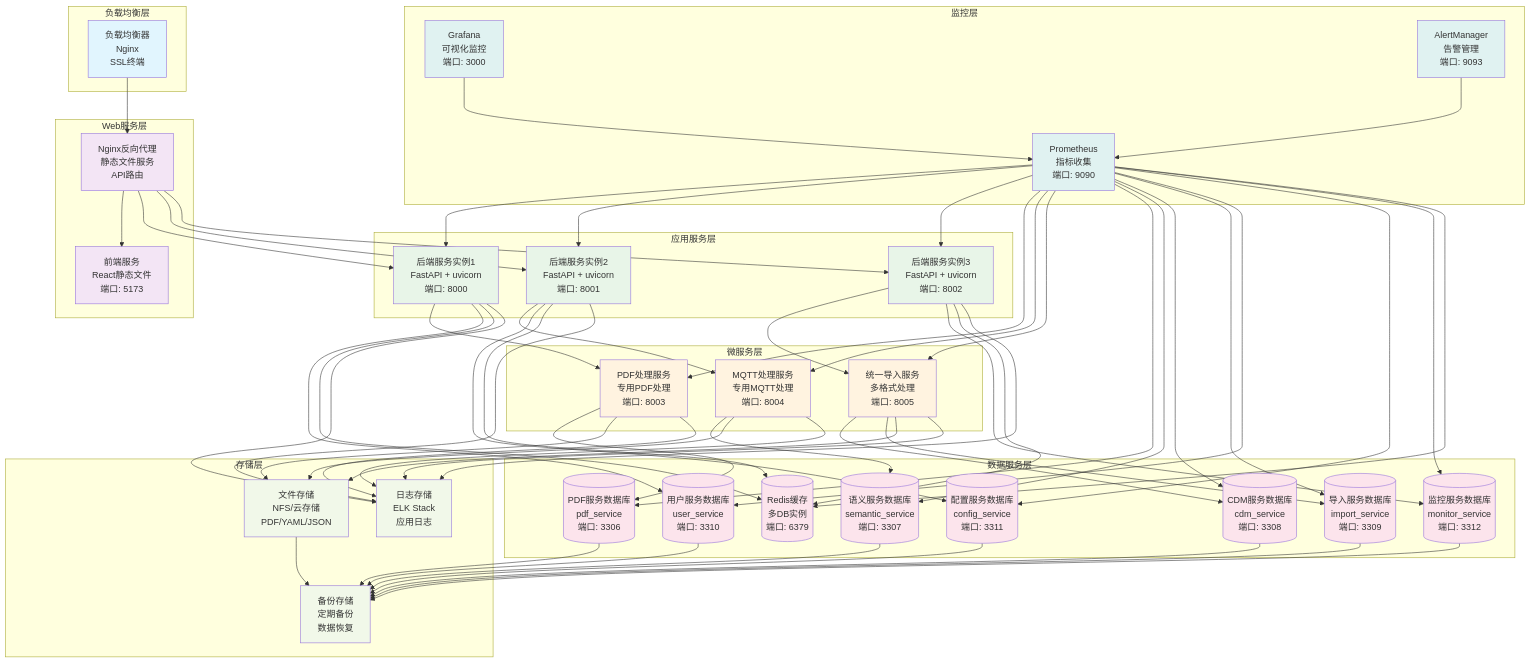
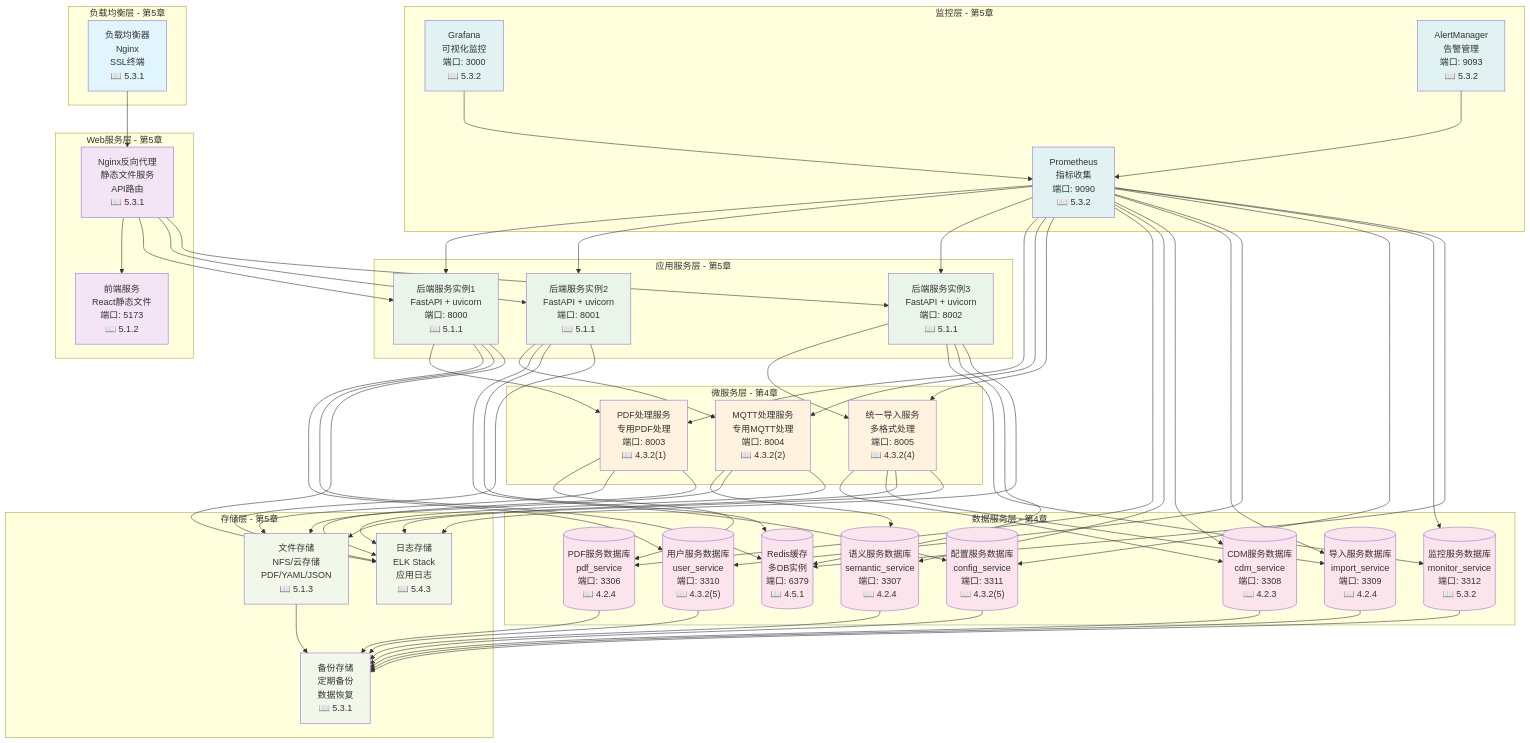
Before and after one commit to mistvapour/6016b: the diagram in mmd/deployment_architecture.mmd, drawn with Mermaid. The commit also changed 11 other files, not shown here.

```diff
--- a/mmd/deployment_architecture.mmd
+++ b/mmd/deployment_architecture.mmd
@@ -1,125 +1,125 @@
 graph TB
     %% 部署架构图
     
-    subgraph "负载均衡层"
-        LB[负载均衡器<br/>Nginx<br/>SSL终端]
+    subgraph "负载均衡层 - 第5章"
+        LB["负载均衡器<br/>Nginx<br/>SSL终端<br/>📖 5.3.1"]
     end
     
-    subgraph "Web服务层"
-        NGINX[Nginx反向代理<br/>静态文件服务<br/>API路由]
-        FRONTEND[前端服务<br/>React静态文件<br/>端口: 5173]
+    subgraph "Web服务层 - 第5章"
+        NGINX["Nginx反向代理<br/>静态文件服务<br/>API路由<br/>📖 5.3.1"]
+        FRONTEND["前端服务<br/>React静态文件<br/>端口: 5173<br/>📖 5.1.2"]
     end
     
-    subgraph "应用服务层"
-        BACKEND1[后端服务实例1<br/>FastAPI + uvicorn<br/>端口: 8000]
-        BACKEND2[后端服务实例2<br/>FastAPI + uvicorn<br/>端口: 8001]
-        BACKEND3[后端服务实例3<br/>FastAPI + uvicorn<br/>端口: 8002]
+    subgraph "应用服务层 - 第5章"
+        BACKEND1["后端服务实例1<br/>FastAPI + uvicorn<br/>端口: 8000<br/>📖 5.1.1"]
+        BACKEND2["后端服务实例2<br/>FastAPI + uvicorn<br/>端口: 8001<br/>📖 5.1.1"]
+        BACKEND3["后端服务实例3<br/>FastAPI + uvicorn<br/>端口: 8002<br/>📖 5.1.1"]
     end
     
-    subgraph "微服务层"
-        PDF_SERVICE[PDF处理服务<br/>专用PDF处理<br/>端口: 8003]
-        MQTT_SERVICE[MQTT处理服务<br/>专用MQTT处理<br/>端口: 8004]
-        UNIVERSAL_SERVICE[统一导入服务<br/>多格式处理<br/>端口: 8005]
+    subgraph "微服务层 - 第4章"
+        PDF_SERVICE["PDF处理服务<br/>专用PDF处理<br/>端口: 8003<br/>📖 4.3.2(1)"]
+        MQTT_SERVICE["MQTT处理服务<br/>专用MQTT处理<br/>端口: 8004<br/>📖 4.3.2(2)"]
+        UNIVERSAL_SERVICE["统一导入服务<br/>多格式处理<br/>端口: 8005<br/>📖 4.3.2(4)"]
     end
     
-    subgraph "数据服务层"
-        PDF_DB[(PDF服务数据库<br/>pdf_service<br/>端口: 3306)]
-        SEMANTIC_DB[(语义服务数据库<br/>semantic_service<br/>端口: 3307)]
-        CDM_DB[(CDM服务数据库<br/>cdm_service<br/>端口: 3308)]
-        IMPORT_DB[(导入服务数据库<br/>import_service<br/>端口: 3309)]
-        USER_DB[(用户服务数据库<br/>user_service<br/>端口: 3310)]
-        CONFIG_DB[(配置服务数据库<br/>config_service<br/>端口: 3311)]
-        MONITOR_DB[(监控服务数据库<br/>monitor_service<br/>端口: 3312)]
-        REDIS[(Redis缓存<br/>多DB实例<br/>端口: 6379)]
+    subgraph "数据服务层 - 第4章"
+        PDF_DB[("PDF服务数据库<br/>pdf_service<br/>端口: 3306<br/>📖 4.2.4")]
+        SEMANTIC_DB[("语义服务数据库<br/>semantic_service<br/>端口: 3307<br/>📖 4.2.4")]
+        CDM_DB[("CDM服务数据库<br/>cdm_service<br/>端口: 3308<br/>📖 4.2.3")]
+        IMPORT_DB[("导入服务数据库<br/>import_service<br/>端口: 3309<br/>📖 4.2.4")]
+        USER_DB[("用户服务数据库<br/>user_service<br/>端口: 3310<br/>📖 4.3.2(5)")]
+        CONFIG_DB[("配置服务数据库<br/>config_service<br/>端口: 3311<br/>📖 4.3.2(5)")]
+        MONITOR_DB[("监控服务数据库<br/>monitor_service<br/>端口: 3312<br/>📖 5.3.2")]
+        REDIS[("Redis缓存<br/>多DB实例<br/>端口: 6379<br/>📖 4.5.1")]
     end
     
-    subgraph "存储层"
-        FILE_STORAGE[文件存储<br/>NFS/云存储<br/>PDF/YAML/JSON]
-        LOG_STORAGE[日志存储<br/>ELK Stack<br/>应用日志]
-        BACKUP_STORAGE[备份存储<br/>定期备份<br/>数据恢复]
+    subgraph "存储层 - 第5章"
+        FILE_STORAGE["文件存储<br/>NFS/云存储<br/>PDF/YAML/JSON<br/>📖 5.1.3"]
+        LOG_STORAGE["日志存储<br/>ELK Stack<br/>应用日志<br/>📖 5.4.3"]
+        BACKUP_STORAGE["备份存储<br/>定期备份<br/>数据恢复<br/>📖 5.3.1"]
     end
     
-    subgraph "监控层"
-        PROMETHEUS[Prometheus<br/>指标收集<br/>端口: 9090]
-        GRAFANA[Grafana<br/>可视化监控<br/>端口: 3000]
-        ALERTMANAGER[AlertManager<br/>告警管理<br/>端口: 9093]
+    subgraph "监控层 - 第5章"
+        PROMETHEUS["Prometheus<br/>指标收集<br/>端口: 9090<br/>📖 5.3.2"]
+        GRAFANA["Grafana<br/>可视化监控<br/>端口: 3000<br/>📖 5.3.2"]
+        ALERTMANAGER["AlertManager<br/>告警管理<br/>端口: 9093<br/>📖 5.3.2"]
     end
     
     %% 连接关系
     LB --> NGINX
     NGINX --> FRONTEND
     NGINX --> BACKEND1
     NGINX --> BACKEND2
     NGINX --> BACKEND3
     
     BACKEND1 --> PDF_SERVICE
     BACKEND2 --> MQTT_SERVICE
     BACKEND3 --> UNIVERSAL_SERVICE
     
     PDF_SERVICE --> PDF_DB
     MQTT_SERVICE --> SEMANTIC_DB
     UNIVERSAL_SERVICE --> CDM_DB
     UNIVERSAL_SERVICE --> IMPORT_DB
     
     BACKEND1 --> USER_DB
     BACKEND2 --> CONFIG_DB
     BACKEND3 --> MONITOR_DB
     
     BACKEND1 --> REDIS
     BACKEND2 --> REDIS
     BACKEND3 --> REDIS
     
     PDF_SERVICE --> FILE_STORAGE
     MQTT_SERVICE --> FILE_STORAGE
     UNIVERSAL_SERVICE --> FILE_STORAGE
     
     BACKEND1 --> LOG_STORAGE
     BACKEND2 --> LOG_STORAGE
     BACKEND3 --> LOG_STORAGE
     PDF_SERVICE --> LOG_STORAGE
     MQTT_SERVICE --> LOG_STORAGE
     UNIVERSAL_SERVICE --> LOG_STORAGE
     
     PDF_DB --> BACKUP_STORAGE
     SEMANTIC_DB --> BACKUP_STORAGE
     CDM_DB --> BACKUP_STORAGE
     IMPORT_DB --> BACKUP_STORAGE
     USER_DB --> BACKUP_STORAGE
     CONFIG_DB --> BACKUP_STORAGE
     MONITOR_DB --> BACKUP_STORAGE
     FILE_STORAGE --> BACKUP_STORAGE
     
     PROMETHEUS --> BACKEND1
     PROMETHEUS --> BACKEND2
     PROMETHEUS --> BACKEND3
     PROMETHEUS --> PDF_SERVICE
     PROMETHEUS --> MQTT_SERVICE
     PROMETHEUS --> UNIVERSAL_SERVICE
     PROMETHEUS --> PDF_DB
     PROMETHEUS --> SEMANTIC_DB
     PROMETHEUS --> CDM_DB
     PROMETHEUS --> IMPORT_DB
     PROMETHEUS --> USER_DB
     PROMETHEUS --> CONFIG_DB
     PROMETHEUS --> MONITOR_DB
     PROMETHEUS --> REDIS
     
     GRAFANA --> PROMETHEUS
     ALERTMANAGER --> PROMETHEUS
     
     %% 样式
     classDef lb fill:#e1f5fe
     classDef web fill:#f3e5f5
     classDef app fill:#e8f5e8
     classDef micro fill:#fff3e0
     classDef data fill:#fce4ec
     classDef storage fill:#f1f8e9
     classDef monitor fill:#e0f2f1
     
     class LB lb
     class NGINX,FRONTEND web
     class BACKEND1,BACKEND2,BACKEND3 app
     class PDF_SERVICE,MQTT_SERVICE,UNIVERSAL_SERVICE micro
     class PDF_DB,SEMANTIC_DB,CDM_DB,IMPORT_DB,USER_DB,CONFIG_DB,MONITOR_DB,REDIS data
     class FILE_STORAGE,LOG_STORAGE,BACKUP_STORAGE storage
     class PROMETHEUS,GRAFANA,ALERTMANAGER monitor
```
